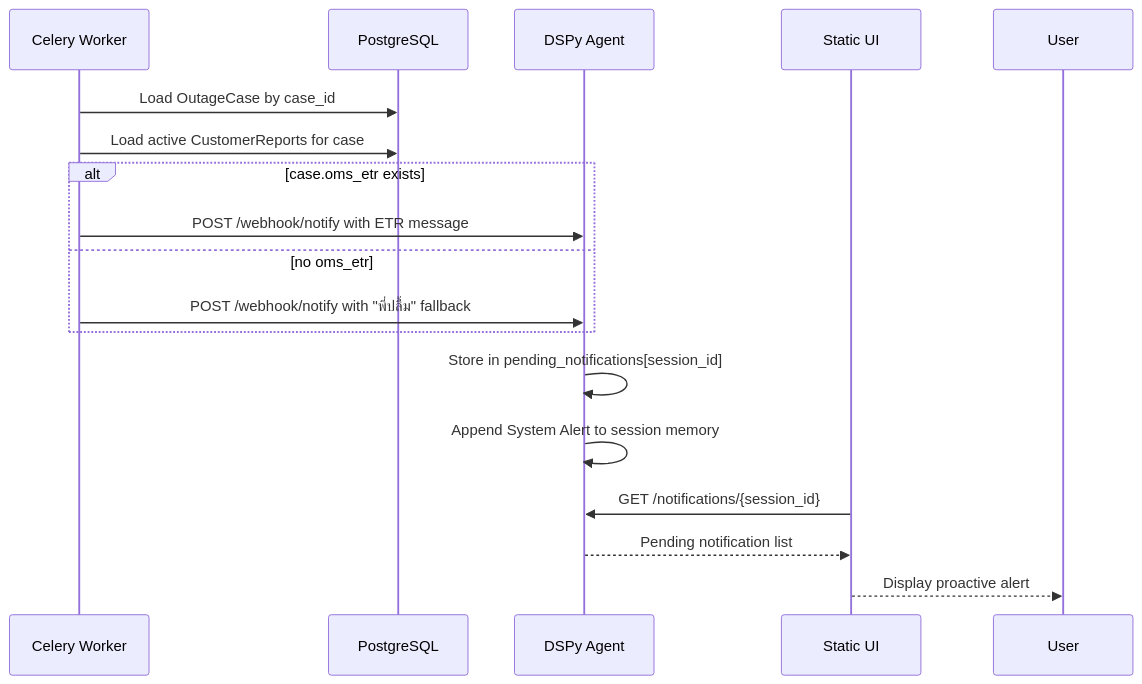
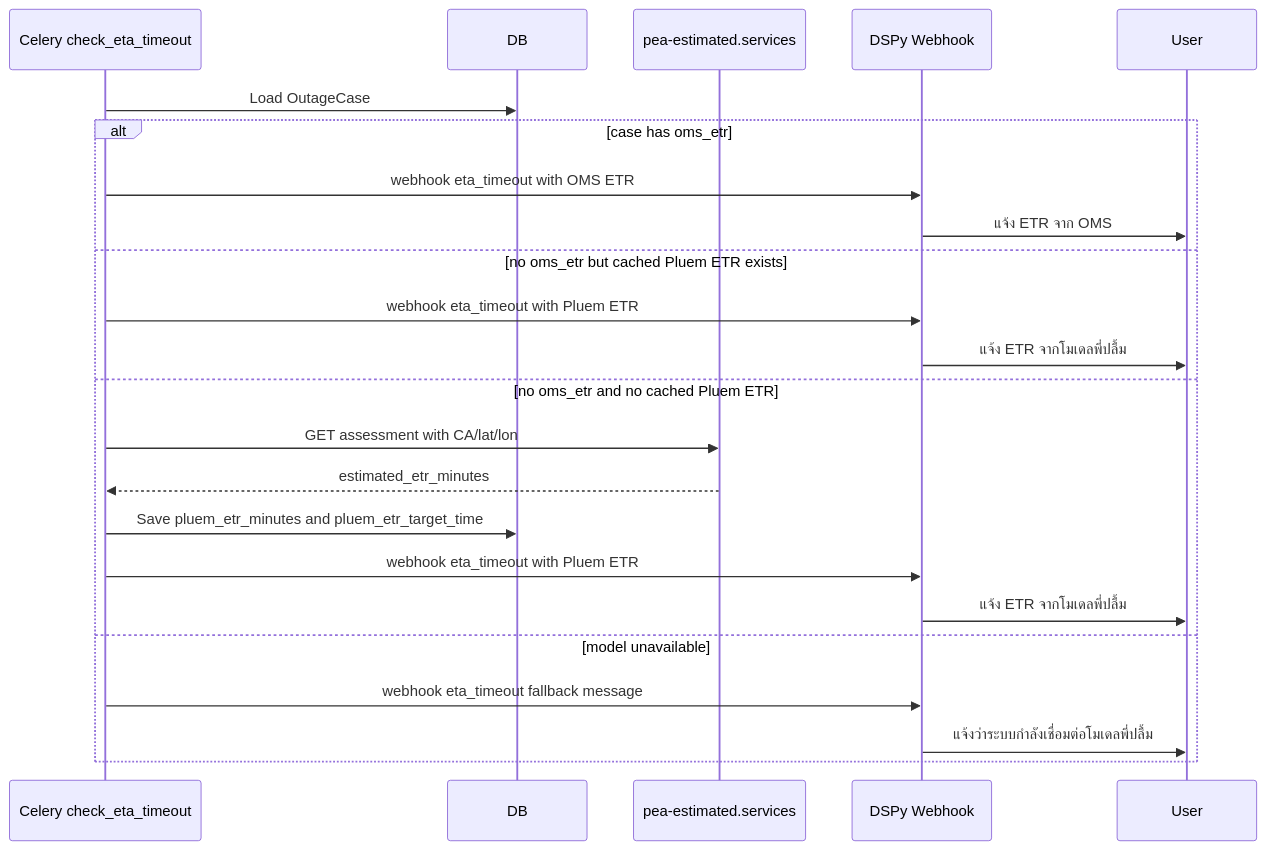
The third of 3 diagrams in SYSTEM_ARCHITECTURE.md (Atothegod/poc_excise), drawn with Mermaid before and after one commit. The commit also changed other lines of this file and 16 other files, not shown here.

````diff
--- a/SYSTEM_ARCHITECTURE.md
+++ b/SYSTEM_ARCHITECTURE.md
@@ -342,23 +158,26 @@
 ```mermaid
 sequenceDiagram
-    participant C as Celery Worker
-    participant DB as PostgreSQL
-    participant A as DSPy Agent
-    participant W as Static UI
+    participant C as Celery check_eta_timeout
+    participant D as DB
+    participant P as pea-estimated.services
+    participant W as DSPy Webhook
     participant U as User
 
-    C->>DB: Load OutageCase by case_id
-    C->>DB: Load active CustomerReports for case
-
-    alt case.oms_etr exists
-        C->>A: POST /webhook/notify with ETR message
-    else no oms_etr
-        C->>A: POST /webhook/notify with "พี่ปลื้ม" fallback
+    C->>D: Load OutageCase
+    alt case has oms_etr
+        C->>W: webhook eta_timeout with OMS ETR
+        W->>U: แจ้ง ETR จาก OMS
+    else no oms_etr but cached Pluem ETR exists
+        C->>W: webhook eta_timeout with Pluem ETR
+        W->>U: แจ้ง ETR จากโมเดลพี่ปลื้ม
+    else no oms_etr and no cached Pluem ETR
+        C->>P: GET assessment with CA/lat/lon
+        P-->>C: estimated_etr_minutes
+        C->>D: Save pluem_etr_minutes and pluem_etr_target_time
+        C->>W: webhook eta_timeout with Pluem ETR
+        W->>U: แจ้ง ETR จากโมเดลพี่ปลื้ม
+    else model unavailable
+        C->>W: webhook eta_timeout fallback message
+        W->>U: แจ้งว่าระบบกำลังเชื่อมต่อโมเดลพี่ปลื้ม
     end
-
-    A->>A: Store in pending_notifications[session_id]
-    A->>A: Append System Alert to session memory
-    W->>A: GET /notifications/{session_id}
-    A-->>W: Pending notification list
-    W-->>U: Display proactive alert
 ```
````
